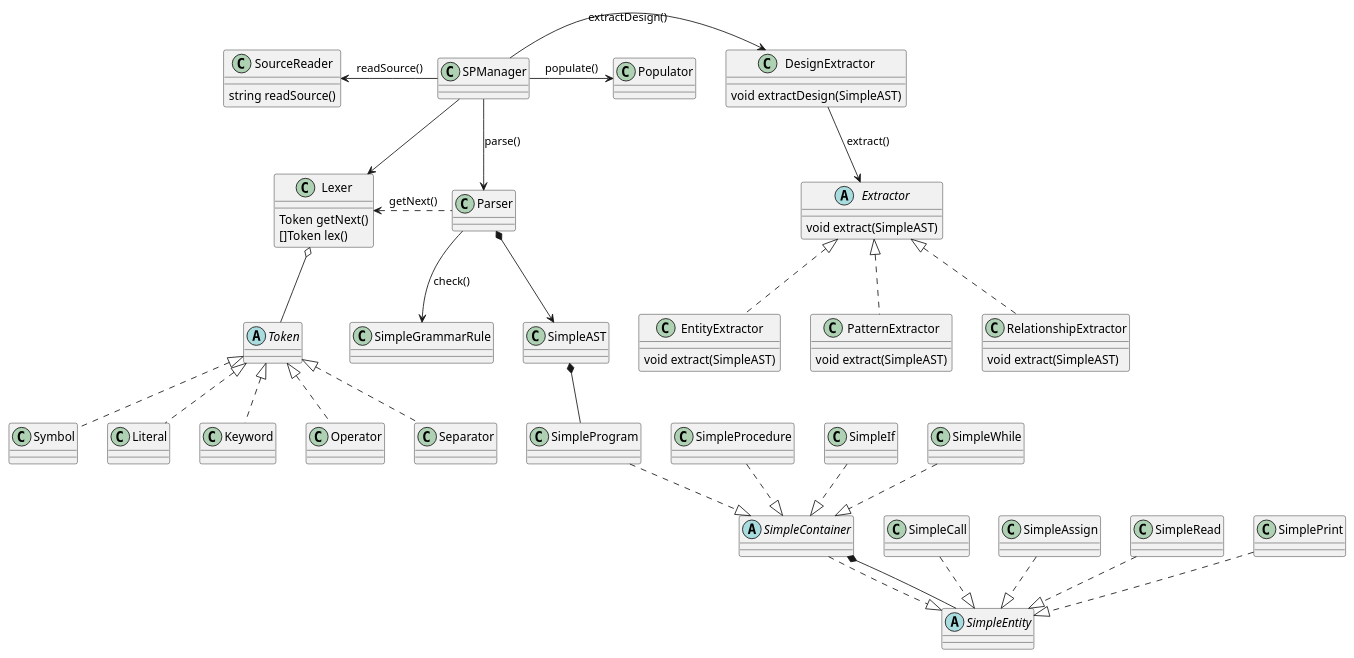
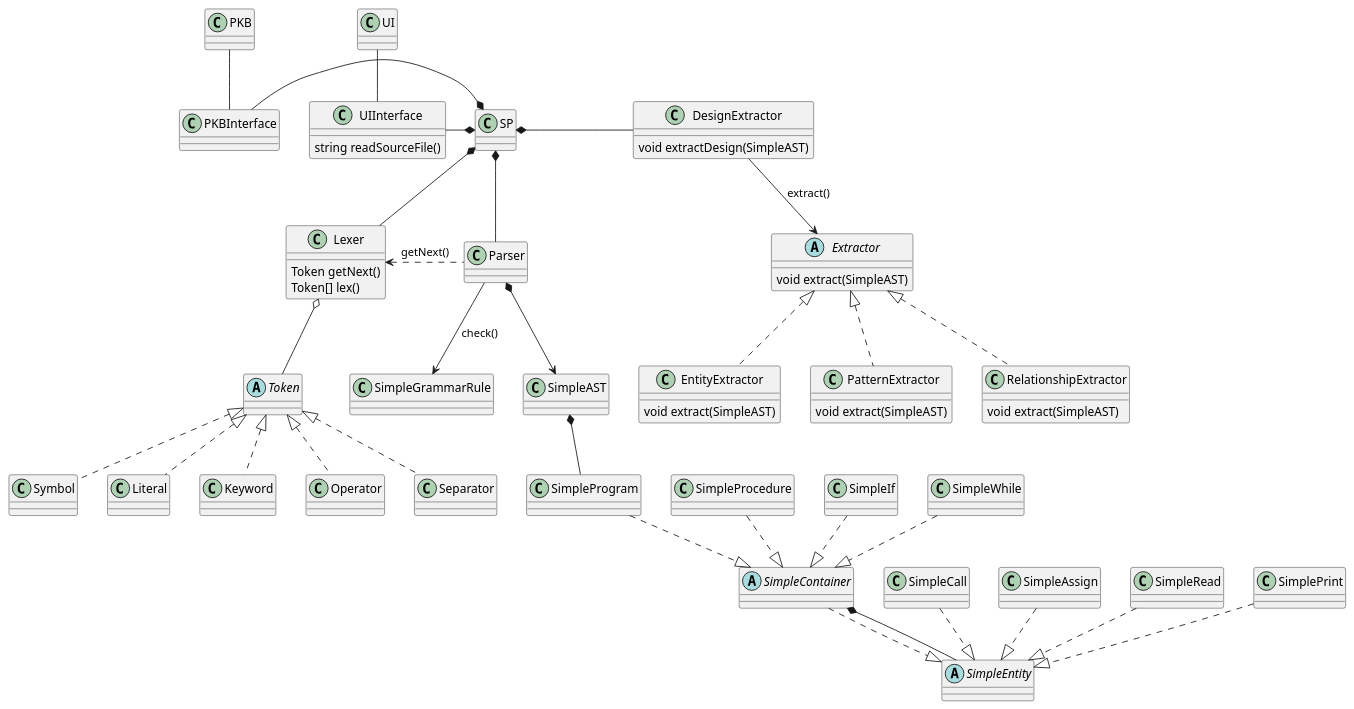
The diagram in docs/diagrams/SPClassDiagram.puml (mazx4960/static-analyzer), drawn with PlantUML before and after one commit. The commit also changed 2 other files, not shown here.

```diff
--- a/docs/diagrams/SPClassDiagram.puml
+++ b/docs/diagrams/SPClassDiagram.puml
@@ -1,89 +1,93 @@
 @startuml
 
-class SPManager
+class SP
+class UI
+class PKB
 
-class SourceReader {
-    string readSource()
+class UIInterface {
+    string readSourceFile()
 }
 
 class Lexer {
     Token getNext()
-    []Token lex()
+    Token[] lex()
 }
 
 abstract class Token {
 }
 class Symbol
 class Literal
 class Keyword
 class Operator
 class Separator
 
 class Parser
 class SimpleGrammarRule
 
 class SimpleAST
 abstract class SimpleEntity
 abstract class SimpleContainer
 class SimpleProgram
 class SimpleProcedure
 class SimpleIf
 class SimpleWhile
 class SimpleCall
 class SimpleAssign
 class SimpleRead
 class SimplePrint
 
 class DesignExtractor {
     void extractDesign(SimpleAST)
 }
 abstract class Extractor {
     void extract(SimpleAST)
 }
 class EntityExtractor {
     void extract(SimpleAST)
 }
 class PatternExtractor {
     void extract(SimpleAST)
 }
 class RelationshipExtractor {
     void extract(SimpleAST)
 }
 
-class Populator
+class PKBInterface
 
-SPManager -left-> SourceReader : readSource()
-SPManager -down-> Lexer
-SPManager -down-> Parser : parse()
-SPManager -right-> DesignExtractor : extractDesign()
-SPManager -right-> Populator : populate()
+SP *-left- UIInterface
+SP *-left- PKBInterface
+SP *-down- Lexer
+SP *-down- Parser
+SP *-right- DesignExtractor
+PKBInterface -up- PKB
+UIInterface -up- UI
 
 Token <|.. Symbol
 Token <|.. Literal
 Token <|.. Keyword
 Token <|.. Operator
 Token <|.. Separator
 
 Lexer o-- Token
 Parser .left.> Lexer: getNext()
 Parser -down-> SimpleGrammarRule : check()
 Parser *-down-> SimpleAST
 SimpleAST *-- SimpleProgram
 SimpleContainer ..|> SimpleEntity
 SimpleCall ..|> SimpleEntity
 SimpleAssign ..|> SimpleEntity
 SimpleRead ..|> SimpleEntity
 SimplePrint ..|> SimpleEntity
 SimpleIf ..|> SimpleContainer
 SimpleWhile ..|> SimpleContainer
 SimpleProcedure ..|> SimpleContainer
 SimpleProgram ..|> SimpleContainer
 SimpleContainer *-- SimpleEntity
 
 Extractor <|.. EntityExtractor
 Extractor <|.. PatternExtractor
 Extractor <|.. RelationshipExtractor
 
 DesignExtractor --> Extractor : extract()
 
 @enduml
```
